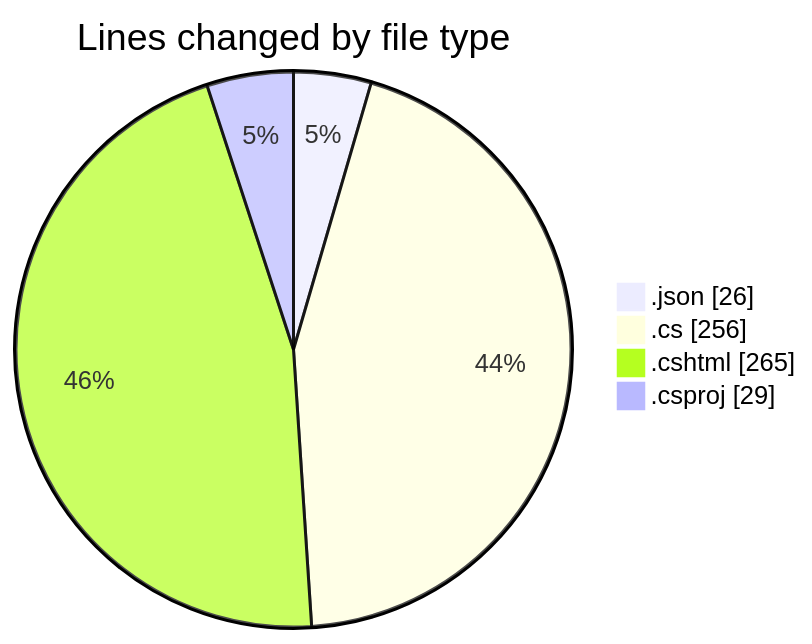
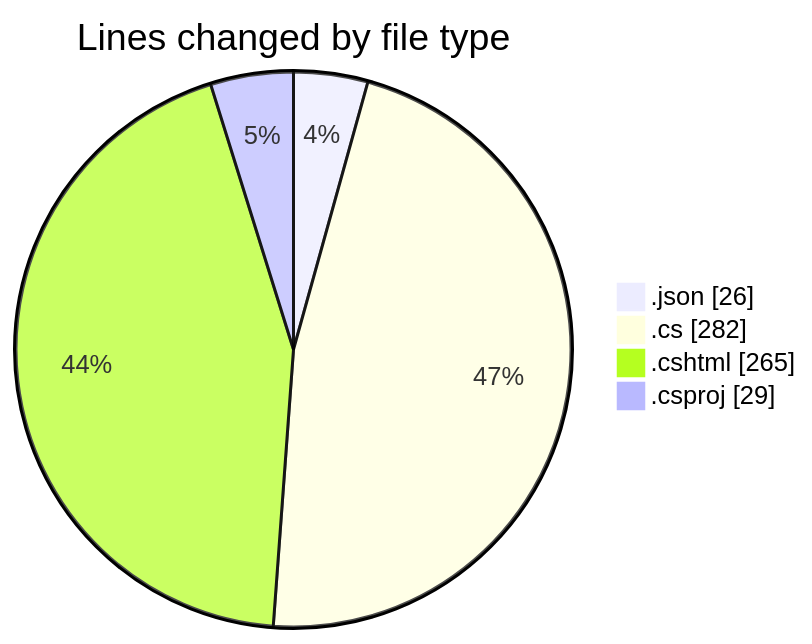
Before and after one commit to lephambinh05/code-tracking: the first of 2 diagrams in 2025-07-19/nhahang/README.md, drawn with Mermaid. The commit also changed other lines of this file and 1 other file, not shown here.

````diff
--- a/2025-07-19/nhahang/README.md
+++ b/2025-07-19/nhahang/README.md
@@ -31,8 +31,8 @@
 ```mermaid
 pie showData
 title Lines changed by file type
 ".json" : 26
-".cs" : 256
+".cs" : 282
 ".cshtml" : 265
 ".csproj" : 29
 ```
````
